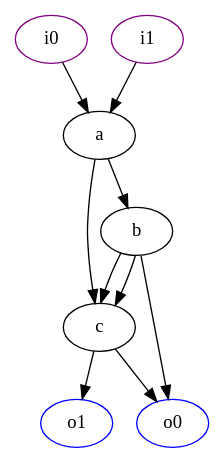
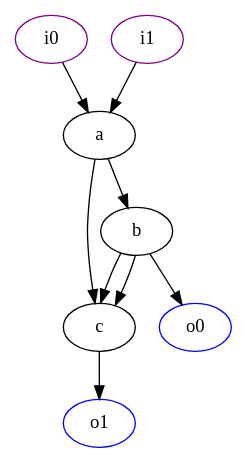
Before and after one commit to LSCRSL/Graph: the diagram in graph.dot, drawn with Graphviz. The commit also changed 7 other files, not shown here.

```diff
--- a/graph.dot
+++ b/graph.dot
@@ -1,18 +1,17 @@
 digraph G{
 0 [label=a, color=black];
 1 [label=b, color=black];
 2 [label=c, color=black];
 3 [label=i0, color=purple];
 4 [label=i1, color=purple];
 5 [label=o0, color=blue];
 6 [label=o1, color=blue];
 0 -> 1;
 0 -> 2;
 1 -> 2;
 1 -> 2;
 1 -> 5;
 2 -> 6;
-2 -> 5;
 3 -> 0;
 4 -> 0;
 }
```
